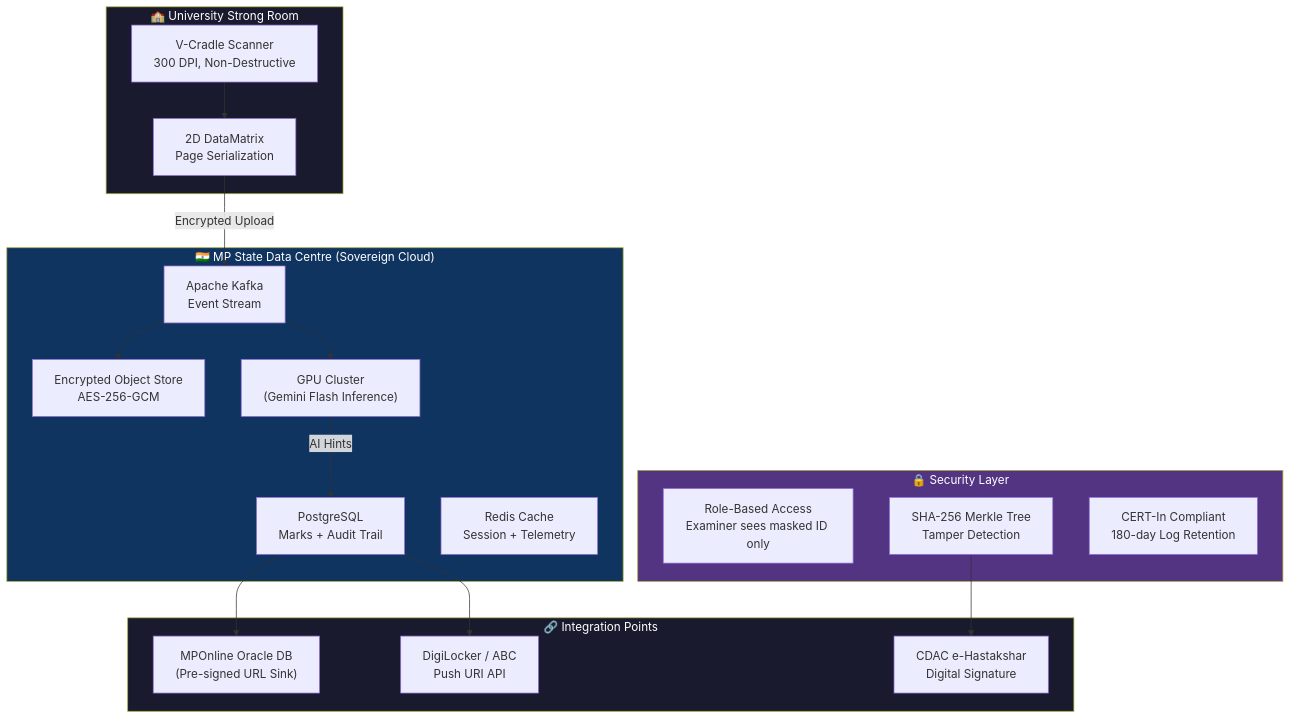
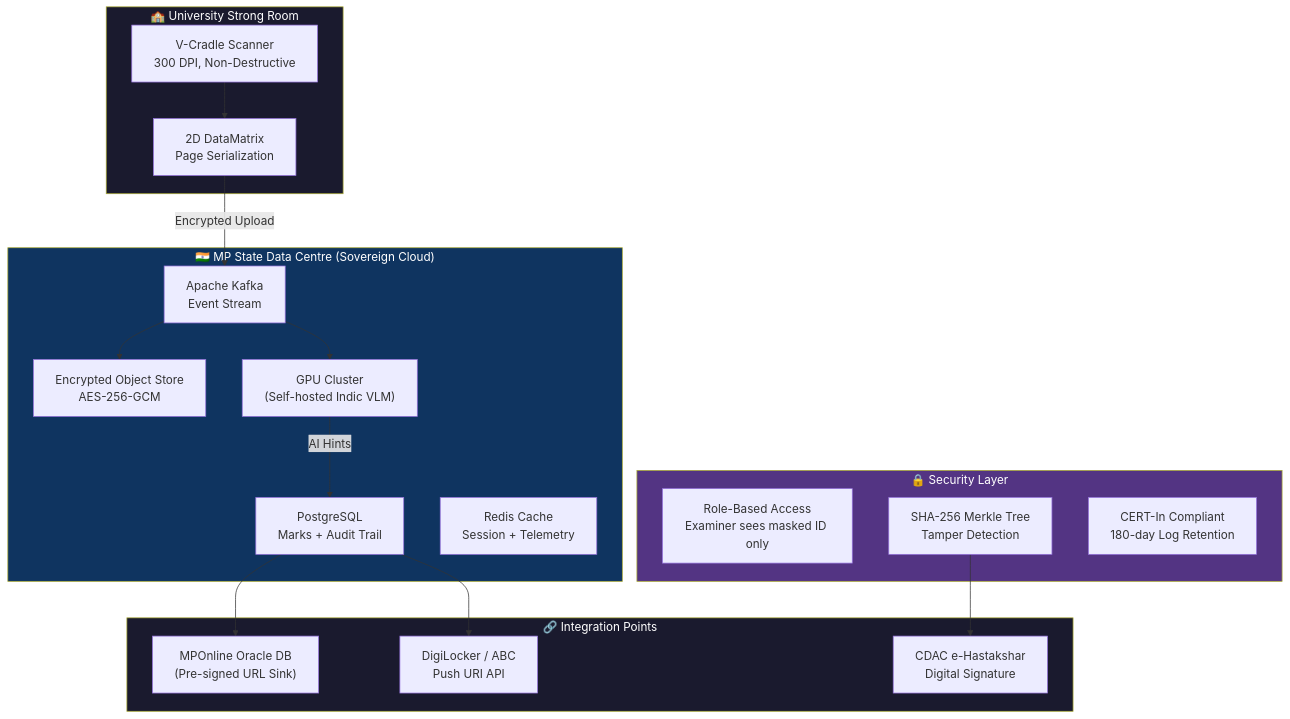
Before and after one commit to nishchaydev/Mphack: the sixth of 6 diagrams in PRESENTATION_CONTENT.md, drawn with Mermaid. The commit also changed other lines of this file and 69 other files, not shown here.

````diff
--- a/PRESENTATION_CONTENT.md
+++ b/PRESENTATION_CONTENT.md
@@ -373,41 +374,41 @@
 ```mermaid
 flowchart TB
     subgraph UNIVERSITY["🏫 University Strong Room"]
         SCAN["V-Cradle Scanner<br/>300 DPI, Non-Destructive"]
         BARCODE["2D DataMatrix<br/>Page Serialization"]
     end
 
     subgraph SOVEREIGN["🇮🇳 MP State Data Centre (Sovereign Cloud)"]
         KAFKA["Apache Kafka<br/>Event Stream"]
         STORAGE["Encrypted Object Store<br/>AES-256-GCM"]
-        GPU["GPU Cluster<br/>(Gemini Flash Inference)"]
+        GPU["GPU Cluster<br/>(Self-hosted Indic VLM)"]
         POSTGRES["PostgreSQL<br/>Marks + Audit Trail"]
         REDIS["Redis Cache<br/>Session + Telemetry"]
     end
 
     subgraph SECURITY["🔒 Security Layer"]
         RBAC["Role-Based Access<br/>Examiner sees masked ID only"]
         MERKLE["SHA-256 Merkle Tree<br/>Tamper Detection"]
         CERTIN["CERT-In Compliant<br/>180-day Log Retention"]
     end
 
     subgraph INTEGRATION["🔗 Integration Points"]
         MPONLINE["MPOnline Oracle DB<br/>(Pre-signed URL Sink)"]
         DIGILOCKER["DigiLocker / ABC<br/>Push URI API"]
         CDAC["CDAC e-Hastakshar<br/>Digital Signature"]
     end
 
     SCAN --> BARCODE
     BARCODE -->|"Encrypted Upload"| KAFKA
     KAFKA --> STORAGE
     KAFKA --> GPU
     GPU -->|"AI Hints"| POSTGRES
     POSTGRES --> MPONLINE
     POSTGRES --> DIGILOCKER
     MERKLE --> CDAC
 
     style UNIVERSITY fill:#1a1a2e,color:#fff
     style SOVEREIGN fill:#0f3460,color:#fff
     style SECURITY fill:#533483,color:#fff
     style INTEGRATION fill:#1a1a2e,color:#fff
 ```
````
